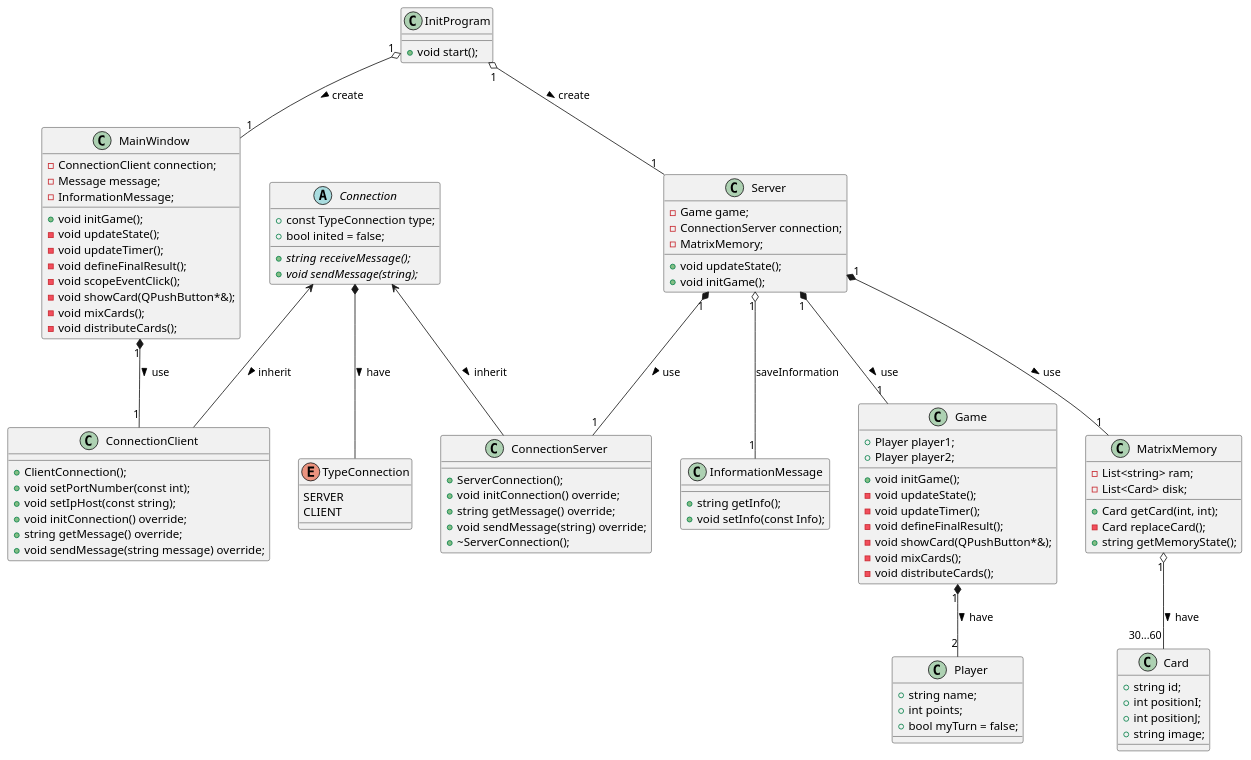
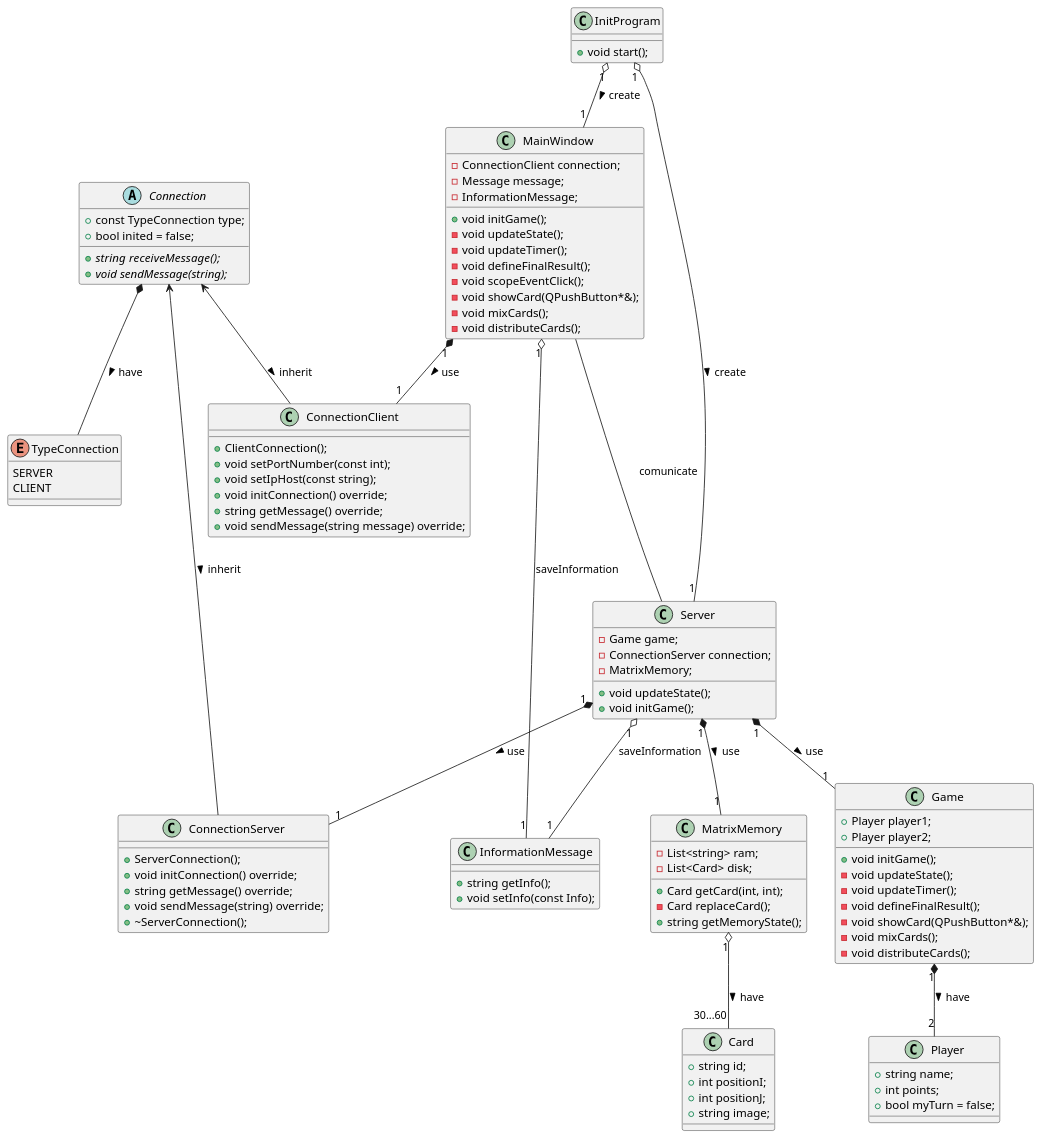
The diagram in object_diagram.puml (Carlos12001/tec-meg), drawn with PlantUML before and after one commit. The commit also changed other lines of this file, not shown here.

```diff
--- a/object_diagram.puml
+++ b/object_diagram.puml
@@ -1,107 +1,110 @@
 @startuml
 class InitProgram{
     + void start();
 }
 
 enum TypeConnection{
     SERVER
     CLIENT
 }
 abstract class Connection{
     + const TypeConnection type;
     + bool inited = false;
 	{abstract} + string  receiveMessage();
 	{abstract} + void sendMessage(string);
 }
 
 class ConnectionServer{
     + ServerConnection();
     + void initConnection() override;
     + string getMessage() override;
     + void sendMessage(string) override;
     + ~ServerConnection();
 }
 class ConnectionClient{
     + ClientConnection();
     + void setPortNumber(const int);
     + void setIpHost(const string);
     + void initConnection() override;
     + string getMessage() override;
     + void sendMessage(string message) override;
 }
 
 
 class InformationMessage{
     + string getInfo();
     + void setInfo(const Info);
 }
 
 
 class Game{
     + Player player1;
     + Player player2;
     + void initGame();
     - void updateState();
     - void updateTimer();
     - void defineFinalResult();
     - void showCard(QPushButton*&);
     - void mixCards();
     - void distributeCards();
 }
 class Player{
     + string name;
     + int points;
     + bool myTurn = false;
 }
 class Card{
     + string id;
     + int positionI;
     + int positionJ;
     + string image;
 }
 class MatrixMemory{
     - List<string> ram;
     - List<Card> disk;
     + Card getCard(int, int);
     - Card replaceCard();
     + string getMemoryState();
 }
 
 class Server{
     - Game game;
     - ConnectionServer connection;
     - MatrixMemory;
     + void updateState();
     + void initGame();
 }
 class MainWindow{
     - ConnectionClient connection;
     - Message message;
     - InformationMessage;
     + void initGame();
     - void updateState();
     - void updateTimer();
     - void defineFinalResult();
     - void scopeEventClick();
     - void showCard(QPushButton*&);
     - void mixCards();
     - void distributeCards();
 }
 
 InitProgram "1"  o-- "1" MainWindow : > create
 InitProgram "1" o-- "1" Server : > create
 
 Connection <-- ConnectionServer : > inherit
 Connection <-- ConnectionClient: > inherit
 Connection *-- TypeConnection : > have
 
 MatrixMemory "1" o-- "30...60" Card : > have
 Game "1" *-- "2" Player : > have
 
 Server "1" o-- "1" InformationMessage : saveInformation
 Server "1" *-- "1" ConnectionServer : > use
 Server "1" *-- "1" Game : > use
 Server "1" *-- "1" MatrixMemory : > use
 
 MainWindow "1" *-- "1" ConnectionClient: > use
+MainWindow  "1" o-- "1" InformationMessage : saveInformation
+
+MainWindow --- Server: comunicate
 @enduml
```
